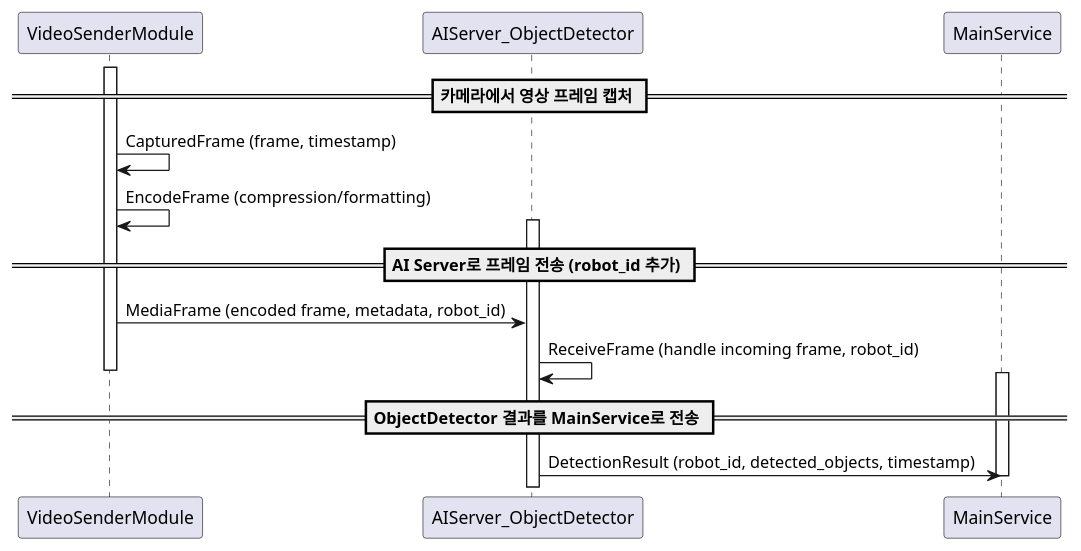
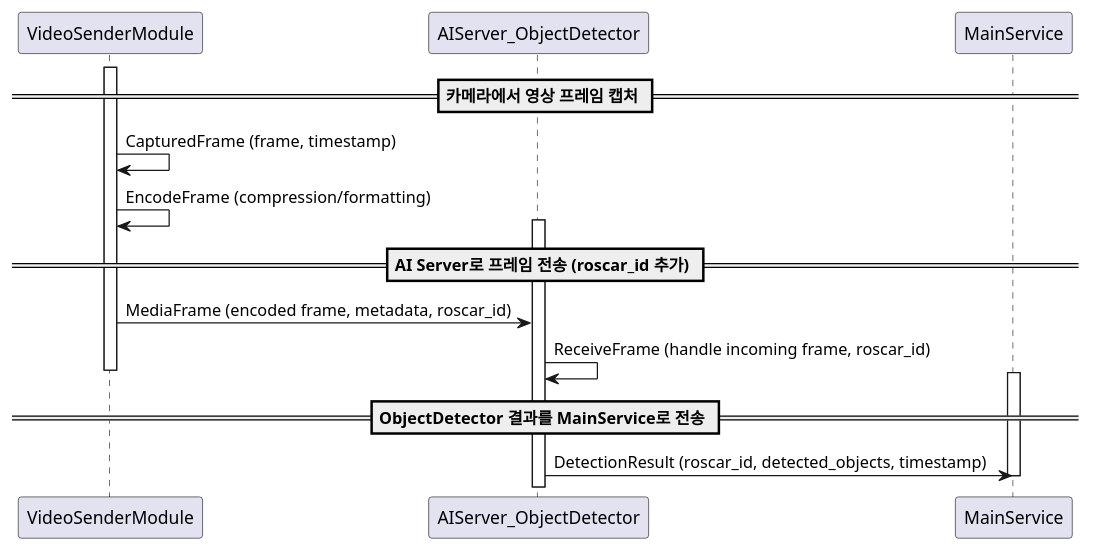
Before and after one commit to addinedu-ros-8th/ros-repo-3: diagram 21 of 24 in docs/sequence_diagram v1-component.md, drawn with PlantUML. The commit also changed other lines of this file and 108 other files, not shown here.

Commit message:
Fix build and Rename robot to roscar

````diff
--- a/docs/sequence_diagram v1-component.md
+++ b/docs/sequence_diagram v1-component.md
@@ -944,27 +944,27 @@
 ```plantuml
 @startuml
 participant VideoSenderModule
 participant AIServer_ObjectDetector
 participant MainService
 
 == 카메라에서 영상 프레임 캡처 ==
 
 activate VideoSenderModule
 VideoSenderModule -> VideoSenderModule: CapturedFrame (frame, timestamp)
 VideoSenderModule -> VideoSenderModule: EncodeFrame (compression/formatting)
 
-== AI Server로 프레임 전송 (robot_id 추가) ==
+== AI Server로 프레임 전송 (roscar_id 추가) ==
 
 activate AIServer_ObjectDetector
-VideoSenderModule -> AIServer_ObjectDetector: MediaFrame (encoded frame, metadata, robot_id)
-AIServer_ObjectDetector -> AIServer_ObjectDetector: ReceiveFrame (handle incoming frame, robot_id)
+VideoSenderModule -> AIServer_ObjectDetector: MediaFrame (encoded frame, metadata, roscar_id)
+AIServer_ObjectDetector -> AIServer_ObjectDetector: ReceiveFrame (handle incoming frame, roscar_id)
 deactivate VideoSenderModule
 
 == ObjectDetector 결과를 MainService로 전송 ==
 
 activate MainService
-AIServer_ObjectDetector -> MainService: DetectionResult (robot_id, detected_objects, timestamp)
+AIServer_ObjectDetector -> MainService: DetectionResult (roscar_id, detected_objects, timestamp)
 deactivate MainService
 
 @enduml
 ```
````
